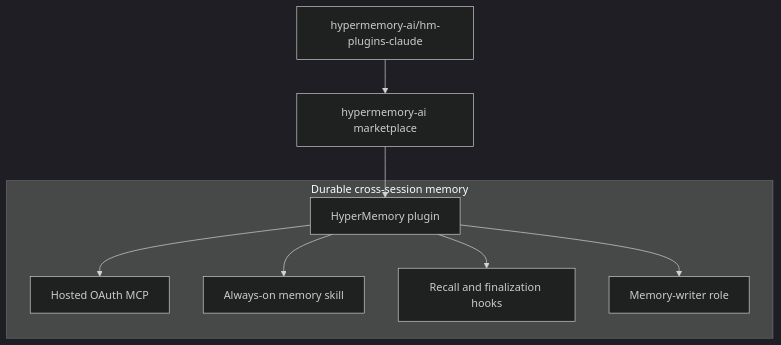
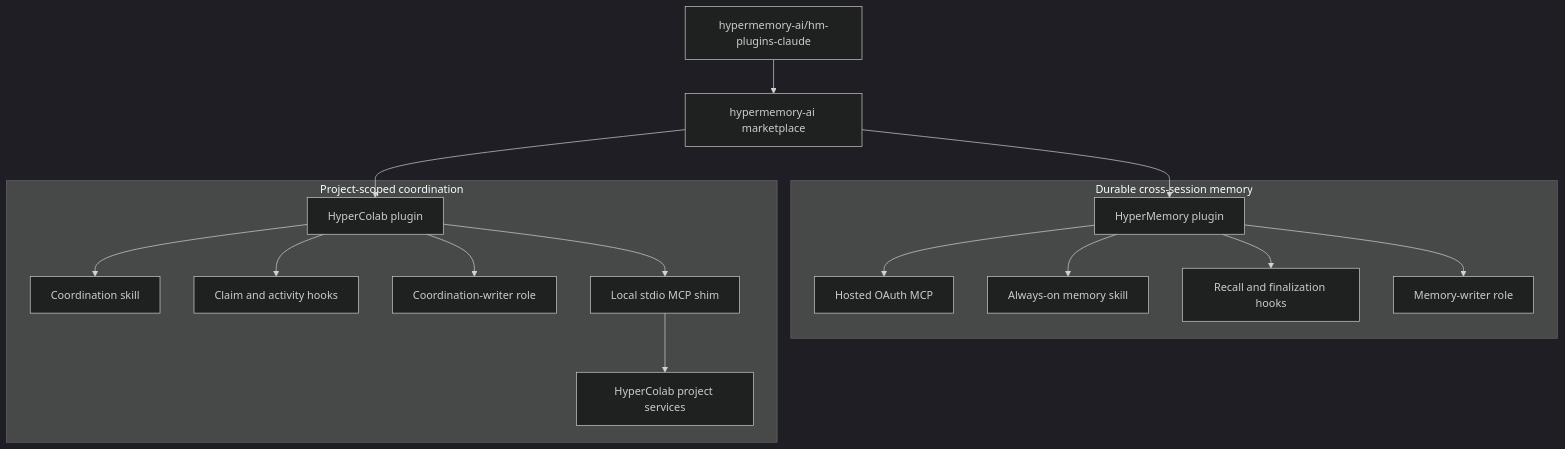
Before and after one commit to hypermemory-ai/hm-plugins-claude: the third of 3 diagrams in README.md, drawn with Mermaid (dark theme). The commit also changed other lines of this file and 17 other files, not shown here.

First line of the commit message:
Add HyperColab plugin, restructure to match hm-plugins-openai

````diff
--- a/README.md
+++ b/README.md
@@ -232,12 +358,21 @@
 ```mermaid
 flowchart TB
     Repo["hypermemory-ai/hm-plugins-claude"] --> Catalog["hypermemory-ai marketplace"]
     Catalog --> HM["HyperMemory plugin"]
+    Catalog --> HC["HyperColab plugin"]
 
     subgraph PersonalMemory["Durable cross-session memory"]
         HM --> HMMCP["Hosted OAuth MCP"]
         HM --> HMSkill["Always-on memory skill"]
         HM --> HMHooks["Recall and finalization hooks"]
         HM --> HMAgent["Memory-writer role"]
     end
+
+    subgraph ProjectCoordination["Project-scoped coordination"]
+        HC --> HCSkill["Coordination skill"]
+        HC --> HCHooks["Claim and activity hooks"]
+        HC --> HCAgent["Coordination-writer role"]
+        HC --> LocalMCP["Local stdio MCP shim"]
+        LocalMCP --> ColabAPI["HyperColab project services"]
+    end
 ```
````
